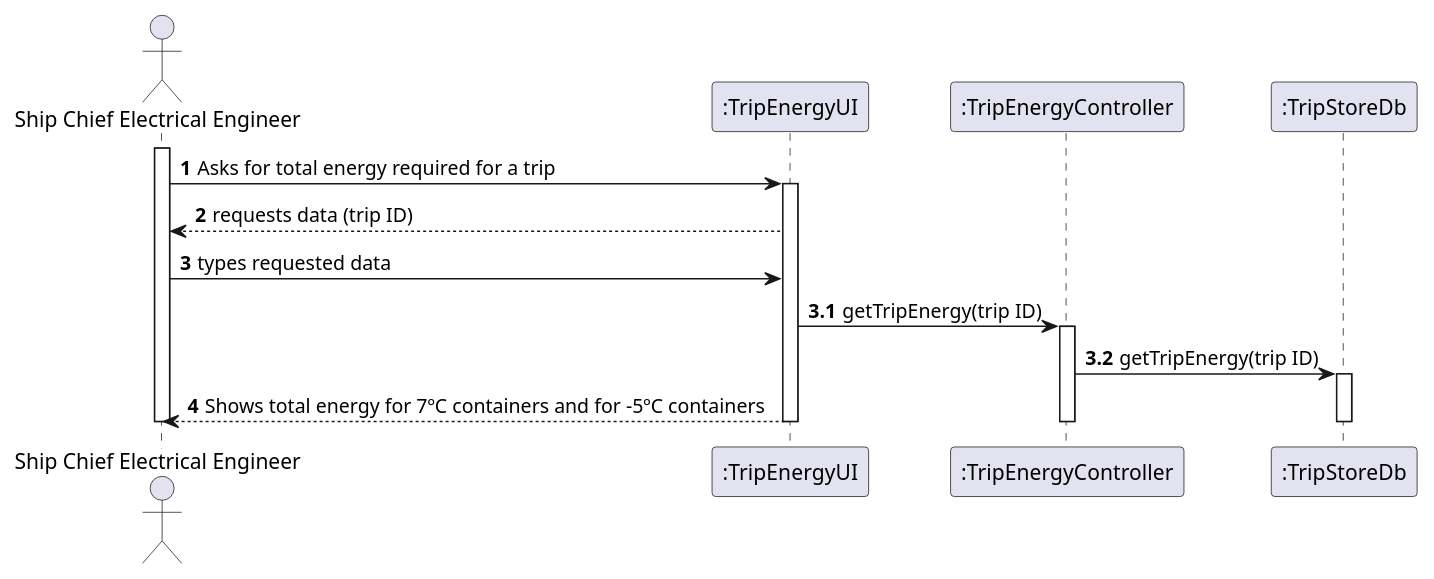
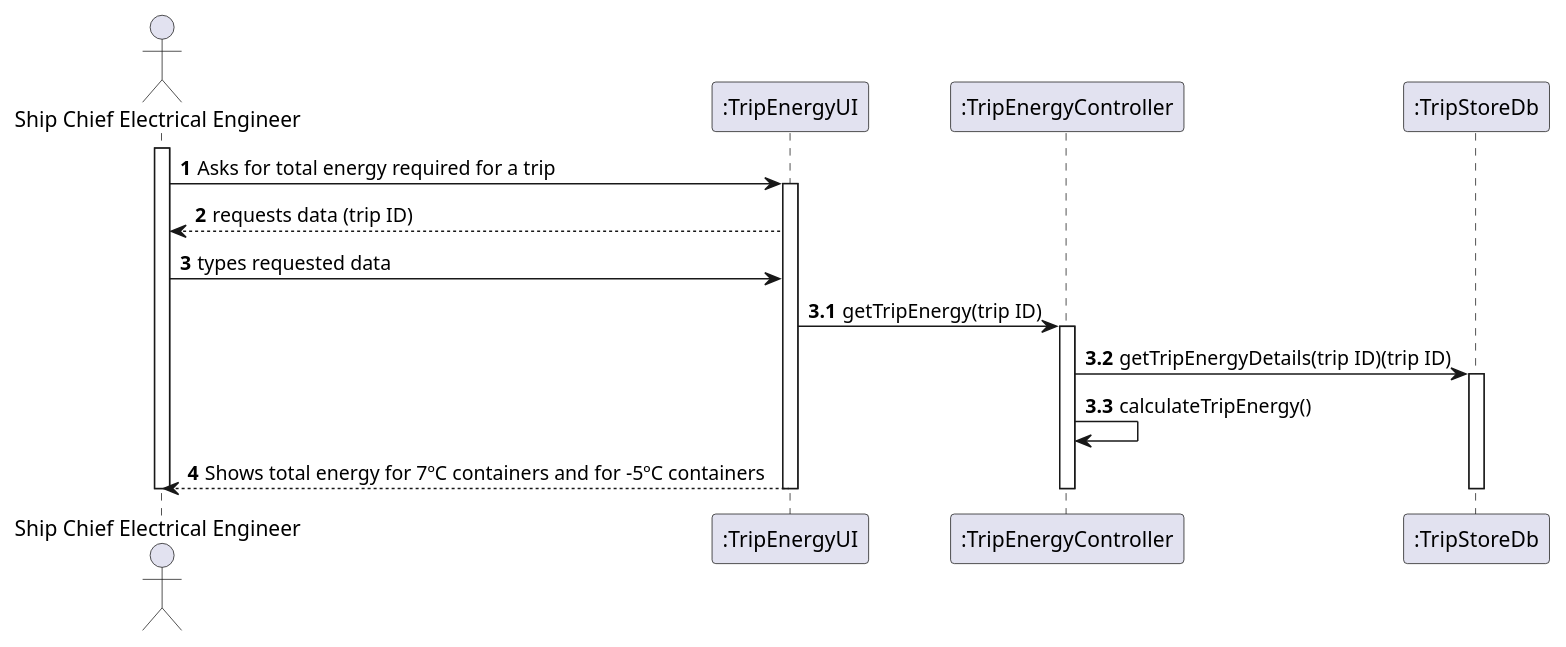
The diagram in docs/Sprint 4/US/US413/US413_SD.puml (1190772/LAB-Project-3), drawn with PlantUML before and after one commit. The commit also changed 6 other files, not shown here.

```diff
--- a/docs/Sprint 4/US/US413/US413_SD.puml
+++ b/docs/Sprint 4/US/US413/US413_SD.puml
@@ -1,36 +1,38 @@
 @startuml
 'https://plantuml.com/sequence-diagram
 
 autonumber
 
 actor "Ship Chief Electrical Engineer" as SCEE
 
 participant ":TripEnergyUI" as UI
 participant ":TripEnergyController" as CTRL
 participant ":TripStoreDb" as TRIPS
 
 activate SCEE
 SCEE -> UI : Asks for total energy required for a trip
 
 activate UI
 UI --> SCEE : requests data (trip ID)
 
 SCEE -> UI : types requested data
 
 autonumber 3.1
 
 UI -> CTRL : getTripEnergy(trip ID)
 activate CTRL
 
-CTRL -> TRIPS : getTripEnergy(trip ID)
+CTRL -> TRIPS : getTripEnergyDetails(trip ID)(trip ID)
 activate TRIPS
+
+CTRL -> CTRL : calculateTripEnergy()
 
 autonumber 4
 
 UI --> SCEE : Shows total energy for 7ºC containers and for -5ºC containers
 
 deactivate TRIPS
 deactivate CTRL
 deactivate UI
 deactivate SCEE
 @enduml
```
